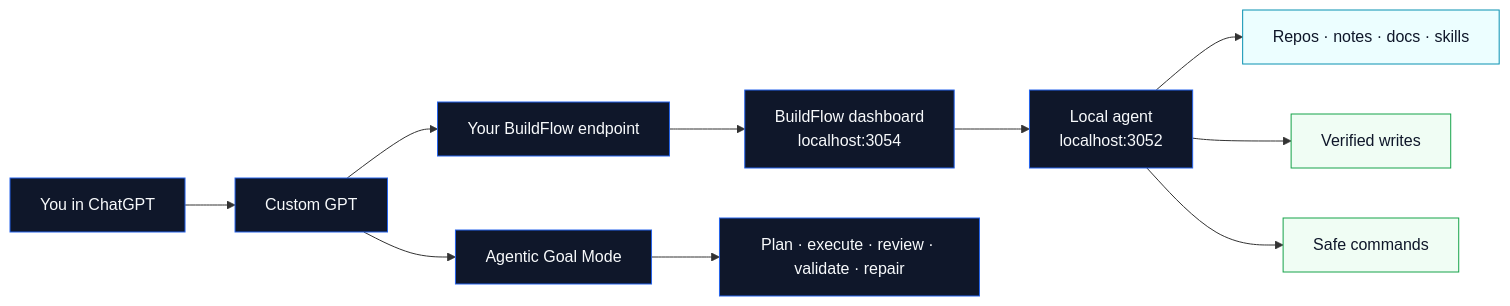
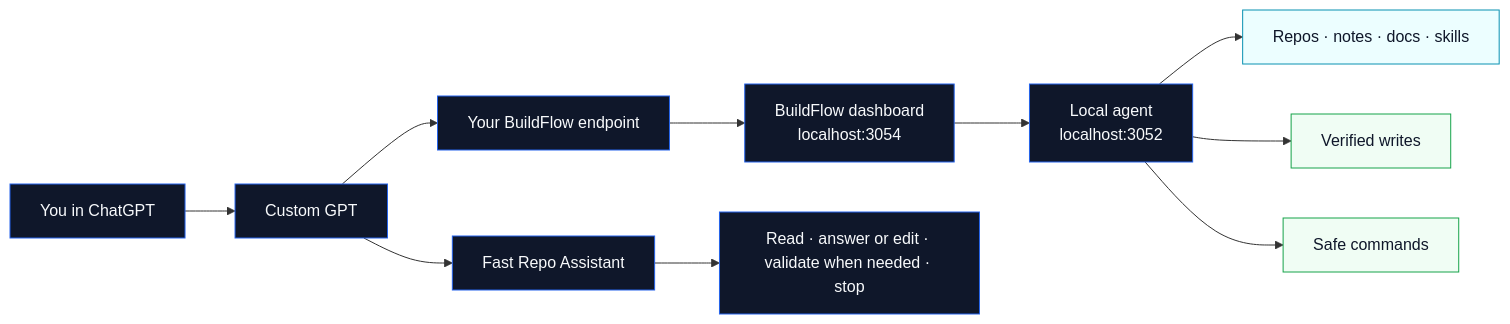
The first of 2 diagrams in README.md (stevewesthoek/buildflow), drawn with Mermaid before and after one commit. The commit also changed other lines of this file and 25 other files, not shown here.

````diff
--- a/README.md
+++ b/README.md
@@ -11,20 +11,20 @@
 ```mermaid
 flowchart LR
   You["You in ChatGPT"] --> GPT["Custom GPT"]
   GPT --> Endpoint["Your BuildFlow endpoint"]
   Endpoint --> Web["BuildFlow dashboard<br/>localhost:3054"]
   Web --> Agent["Local agent<br/>localhost:3052"]
   Agent --> Sources["Repos · notes · docs · skills"]
   Agent --> Writes["Verified writes"]
   Agent --> Commands["Safe commands"]
-  GPT --> Goal["Agentic Goal Mode"]
-  Goal --> Loop["Plan · execute · review · validate · repair"]
+  GPT --> Assistant["Fast Repo Assistant"]
+  Assistant --> Flow["Read · answer or edit · validate when needed · stop"]
 
   classDef dark fill:#0f172a,stroke:#2563eb,color:#f8fafc;
   classDef local fill:#ecfeff,stroke:#0891b2,color:#0f172a;
   classDef safe fill:#f0fdf4,stroke:#16a34a,color:#0f172a;
 
-  class You,GPT,Endpoint,Web,Agent,Goal,Loop dark;
+  class You,GPT,Endpoint,Web,Agent,Assistant,Flow dark;
   class Sources local;
   class Writes,Commands safe;
 ```
````
